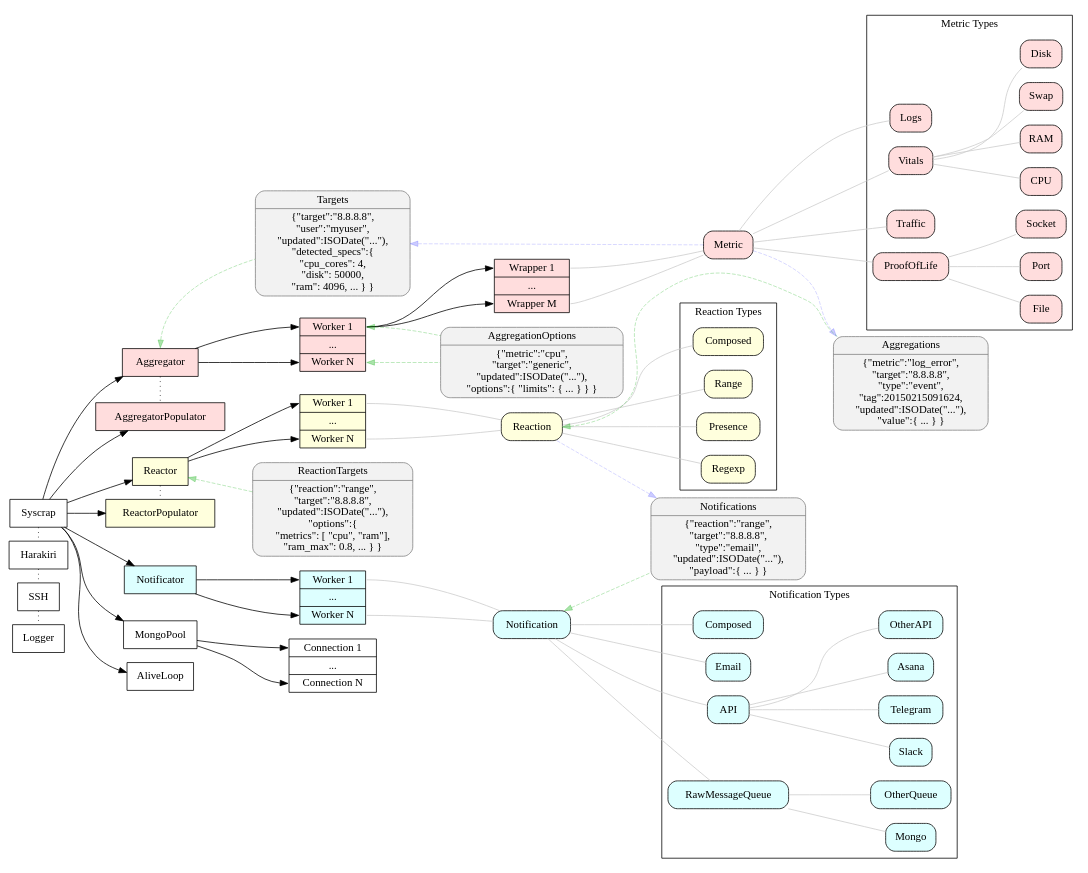
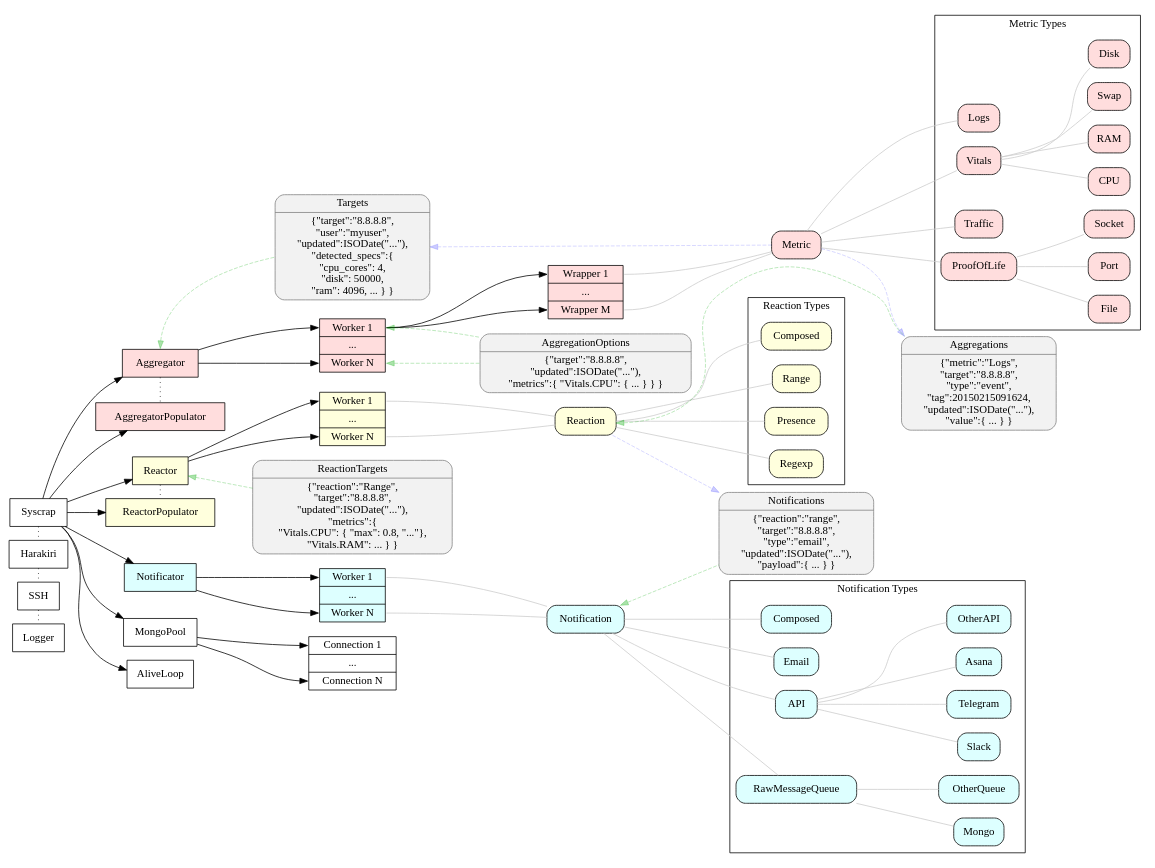
The diagram in doc/syscrap.dot (elpulgardelpanda/syscrap), drawn with Graphviz before and after one commit. The commit also changed 13 other files, not shown here.

```diff
--- a/doc/syscrap.dot
+++ b/doc/syscrap.dot
@@ -1,139 +1,138 @@
 # render: dot -O -Tpng syscrap.dot
 # auto-render: https://gist.github.com/rubencaro/75e7b163665b47e0094a
 digraph syscrap {
   # layout=neato;
   # splines=true;
   overlap=false;
   rankdir="LR";
   node [shape=box];
 
   # aggregation
   subgraph aggregation{
     node [style=filled,fillcolor="#ff000022"];
     {rank=same; AggregatorPopulator, Aggregator;}
     AggregatorWorker [shape=record,label="<1>Worker 1|...|<n>Worker N"];
     AggregatorWrapper [shape=record,label="<1>Wrapper 1|...|<n>Wrapper M"];
     AggregatorWorker:1 -> AggregatorWrapper:1, AggregatorWrapper:n;
     Aggregator -> AggregatorWorker:1, AggregatorWorker:n;
     Aggregator -> AggregatorPopulator [dir=none,style=dotted];
     { # namespace dependency only
       edge [dir=none,color=gray80];
       node [shape=Mrecord];
       AggregatorWrapper:1, AggregatorWrapper:n -> Metric;
       subgraph cluster_MetricTypes{
         label="Metric Types";
         Logs, Vitals, Traffic, ProofOfLife;
         Vitals -> CPU, RAM, Swap, Disk;
         ProofOfLife -> File, Port, Socket;
       }
       Metric -> Logs, Vitals, Traffic, ProofOfLife;
     }
   }
 
   # reaction
   subgraph reaction{
     node [style=filled,fillcolor="#ffff0022"];
     ReactorWorker [shape=record,label="<1>Worker 1|...|<n>Worker N"];
     {rank=same; ReactorPopulator, Reactor;}
     Reactor -> ReactorWorker:1, ReactorWorker:n;
     Reactor -> ReactorPopulator [dir=none,style=dotted];
     { # namespace dependency only
       edge [dir=none,color=gray80];
       node [shape=Mrecord];
       ComposedReactions [label="Composed"];
       subgraph cluster_ReactionTypes{
         label="Reaction Types";
         Range, Presence, Regexp, ComposedReactions;
       }
       Reaction -> Range, Presence, Regexp, ComposedReactions;
     }
     ReactorWorker:1, ReactorWorker:n -> Reaction [dir=none,color=gray80];
   }
 
   # notification
   subgraph notification{
     node [style=filled,fillcolor="#00ffff22"];
     NotificatorWorker [shape=record,label="<1>Worker 1|...|<n>Worker N"];
     Notificator -> NotificatorWorker:1, NotificatorWorker:n;
     { # namespace dependency only
       edge [dir=none,color=gray80];
       node [shape=Mrecord];
       ComposedNotifications [label="Composed"];
       subgraph cluster_NotificationTypes{
         label="Notification Types";
         Email, API, RawMessageQueue, ComposedNotifications;
         API -> Slack, Telegram, Asana, OtherAPI;
         RawMessageQueue -> Mongo, OtherQueue;
       }
       Notification -> Email, API, RawMessageQueue, ComposedNotifications;
     }
     NotificatorWorker:1, NotificatorWorker:n -> Notification [dir=none,color=gray80];
   }
 
   # db
   MongoConnection [shape=record,label="<1>Connection 1|...|<n>Connection N"];
   MongoPool -> MongoConnection:1, MongoConnection:n;
 
   { node [color=gray,fillcolor=gray95,style=filled];
     Aggregations [shape=Mrecord, label="Aggregations |
-    \{\"metric\":\"log_error\",\n
+    \{\"metric\":\"Logs\",\n
     \"target\":\"8.8.8.8\",\n
     \"type\":\"event\",\n
     \"tag\":20150215091624,\n
     \"updated\":ISODate(\"...\"),\n
     \"value\":\{ ... \} \}"];
 
     Notifications [shape=Mrecord, label="Notifications |
     \{\"reaction\":\"range\",\n
     \"target\":\"8.8.8.8\",\n
     \"type\":\"email\",\n
     \"updated\":ISODate(\"...\"),\n
     \"payload\":\{ ... \} \}"];
 
     Targets [shape=Mrecord, label="Targets |
     \{\"target\":\"8.8.8.8\",\n
     \"user\":\"myuser\",\n
     \"updated\":ISODate(\"...\"),\n
     \"detected_specs\":\{\n
     \"cpu_cores\": 4,\n
     \"disk\": 50000,\n
     \"ram\": 4096, ... \} \}"];
 
     AggregationOptions [shape=Mrecord, label="AggregationOptions |
-    \{\"metric\":\"cpu\",\n
-    \"target\":\"generic\",\n
+    \{\"target\":\"8.8.8.8\",\n
     \"updated\":ISODate(\"...\"),\n
-    \"options\":\{ \"limits\": \{ ... \} \} \}"];
+    \"metrics\":\{ \"Vitals.CPU\": \{ ... \} \} \}"];
 
     ReactionTargets [shape=Mrecord, label="ReactionTargets |
-    \{\"reaction\":\"range\",\n
+    \{\"reaction\":\"Range\",\n
     \"target\":\"8.8.8.8\",\n
     \"updated\":ISODate(\"...\"),\n
-    \"options\":\{\n
-      \"metrics\": \[ \"cpu\", \"ram\"\],\n
-      \"ram_max\": 0.8, ... \} \}"];
+    \"metrics\":\{\n
+      \"Vitals.CPU\": \{ \"max\": 0.8, \"...\"\},\n
+      \"Vitals.RAM\": ... \} \}"];
   }
 
   # DB actions
   { # read
     edge [style=dashed,dir=back,color="#00aa0055"];
     Aggregator:n -> Targets;
     AggregatorWorker:1:e, AggregatorWorker:n:e -> AggregationOptions;
     Notification -> Notifications;
     Reaction -> Aggregations;
     Reactor -> ReactionTargets;
   }
   { # write
     edge [style=dashed,color="#0000ff33"];
     Metric -> Aggregations, Targets;
     Reaction -> Notifications;
   }
 
   {rank=same; AggregatorWorker, Targets}
 
   {rank=same; Syscrap -> Harakiri -> SSH -> Logger [dir=none,style=dotted];}
 
   # {rank=same; AggregatorPopulator, Aggregator, ReactorPopulator, Reactor, Notificator, AliveLoop, MongoPool;}
 
   Syscrap -> AggregatorPopulator, Aggregator, ReactorPopulator, Reactor, Notificator, AliveLoop, MongoPool;
 }
```
